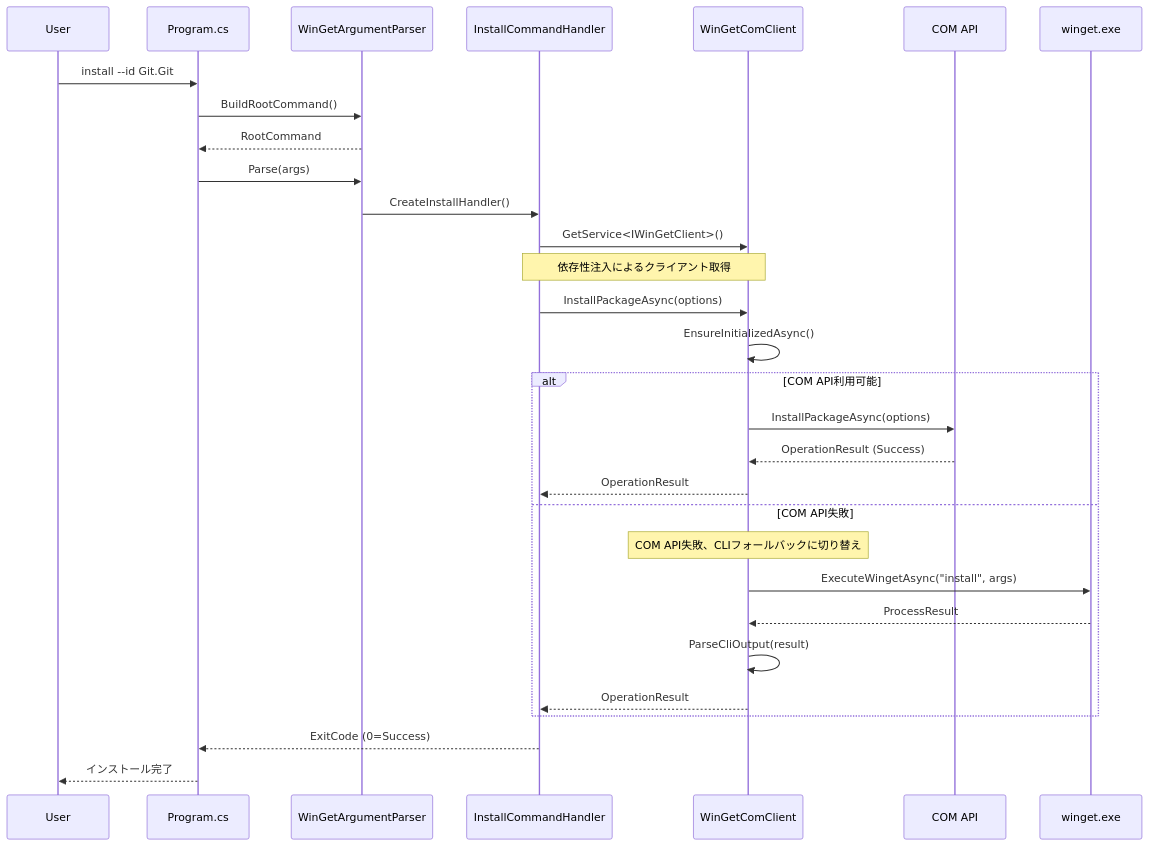
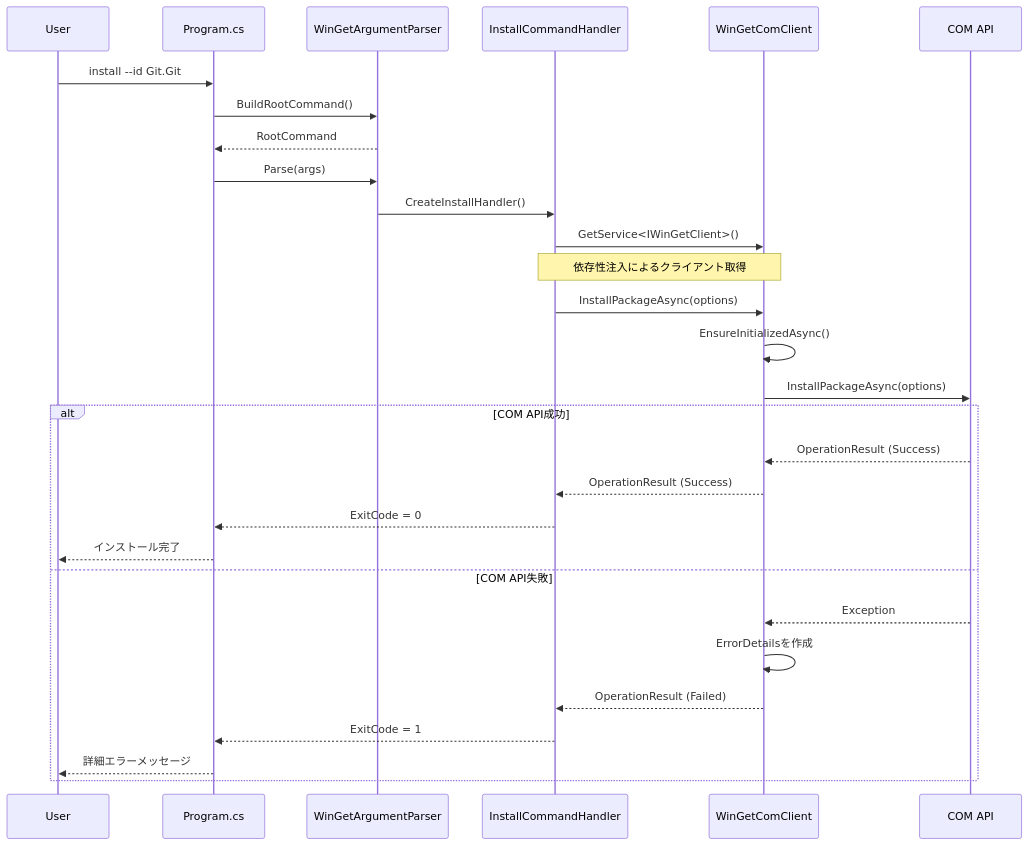
The third of 6 diagrams in docs/architecture.md (nuitsjp/GistGet), drawn with Mermaid before and after one commit. The commit also changed other lines of this file, not shown here.

Commit message:
アーキテクチャ設計書の更新：COM APIレイヤーの説明を明確化し、CLIフォールバック機構に関する記述を削除。エラーハンドリングと初期化フローの改善を反映。

````diff
--- a/docs/architecture.md
+++ b/docs/architecture.md
@@ -265,37 +242,35 @@
 ```mermaid
 sequenceDiagram
     participant User
     participant Program as Program.cs
     participant Parser as WinGetArgumentParser
     participant Handler as InstallCommandHandler
     participant Client as WinGetComClient
     participant COM as COM API
-    participant CLI as winget.exe
 
     User->>Program: install --id Git.Git
     Program->>Parser: BuildRootCommand()
     Parser-->>Program: RootCommand
     Program->>Parser: Parse(args)
     Parser->>Handler: CreateInstallHandler()
     Handler->>Client: GetService<IWinGetClient>()
     
     Note over Handler,Client: 依存性注入によるクライアント取得
     
     Handler->>Client: InstallPackageAsync(options)
     Client->>Client: EnsureInitializedAsync()
+    Client->>COM: InstallPackageAsync(options)
     
-    alt COM API利用可能
-        Client->>COM: InstallPackageAsync(options)
+    alt COM API成功
         COM-->>Client: OperationResult (Success)
-        Client-->>Handler: OperationResult
+        Client-->>Handler: OperationResult (Success)
+        Handler-->>Program: ExitCode = 0
+        Program-->>User: インストール完了
     else COM API失敗
-        Note over Client: COM API失敗、CLIフォールバックに切り替え
-        Client->>CLI: ExecuteWingetAsync("install", args)
-        CLI-->>Client: ProcessResult
-        Client->>Client: ParseCliOutput(result)
-        Client-->>Handler: OperationResult
+        COM-->>Client: Exception
+        Client->>Client: ErrorDetailsを作成
+        Client-->>Handler: OperationResult (Failed)
+        Handler-->>Program: ExitCode = 1
+        Program-->>User: 詳細エラーメッセージ
     end
-    
-    Handler-->>Program: ExitCode (0=Success)
-    Program-->>User: インストール完了
 ```
````
